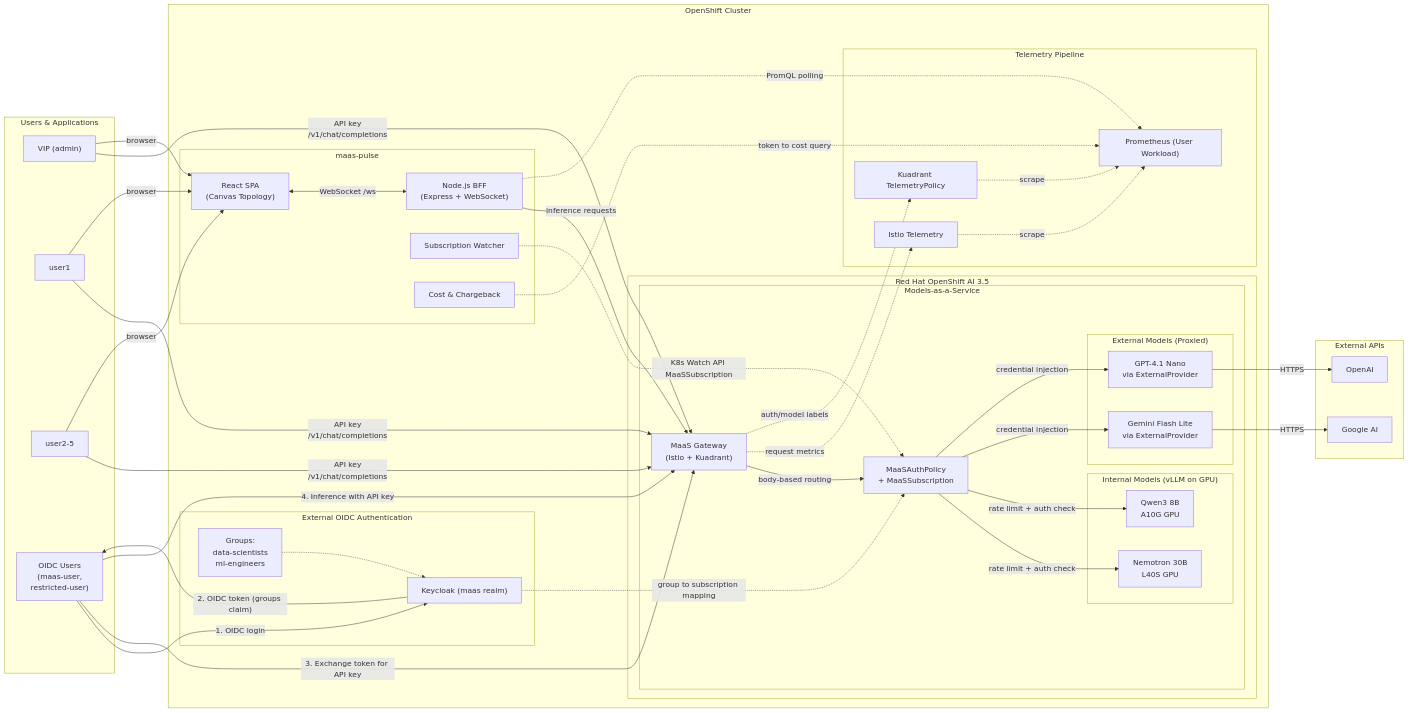
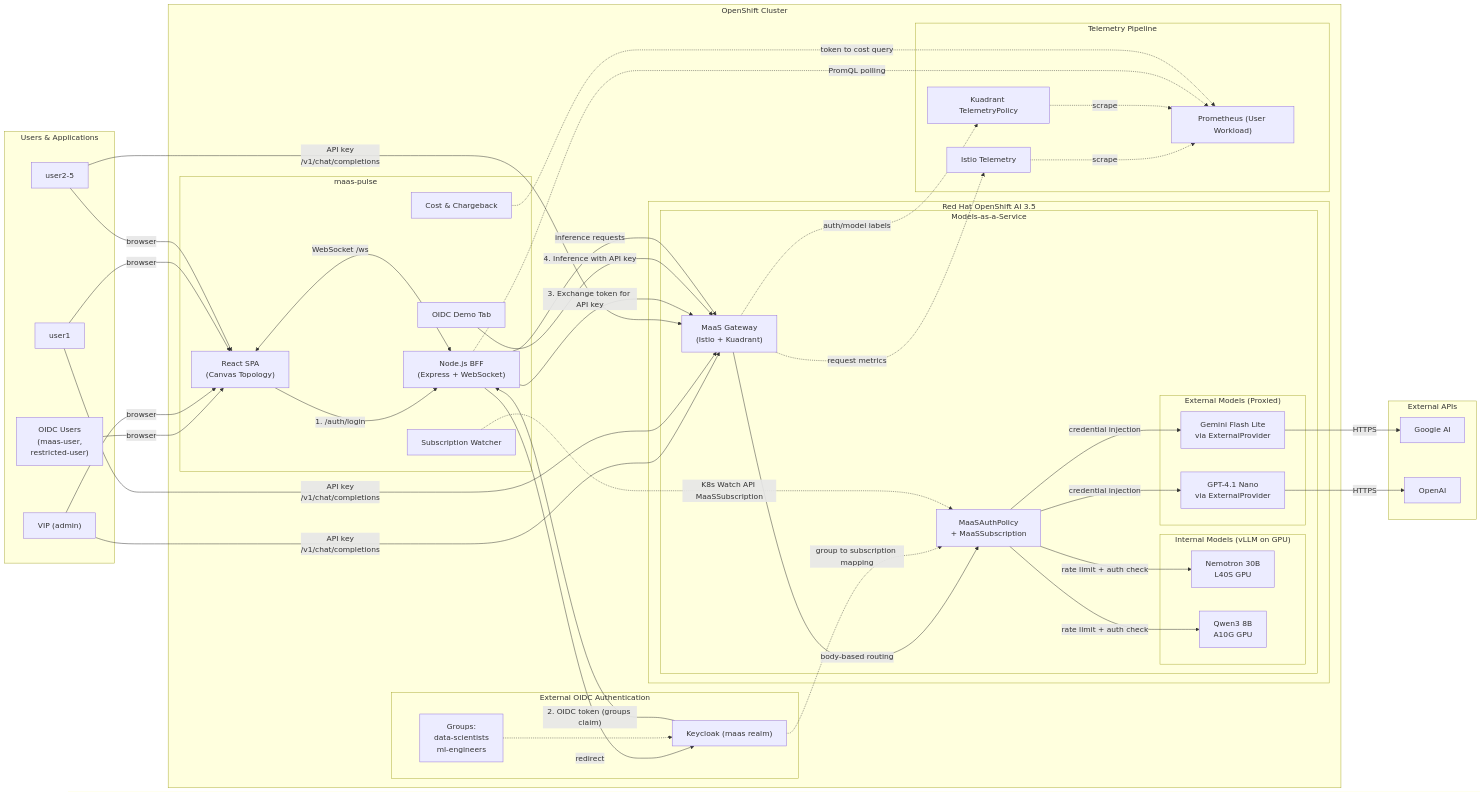
Before and after one commit to Sheryl-shiyi/maas-pulse: the first of 3 diagrams in README.md, drawn with Mermaid. The commit also changed other lines of this file, not shown here.

Commit message:
Update README to reflect integrated OIDC tab and auto-derived issuer URL

````diff
--- a/README.md
+++ b/README.md
@@ -49,75 +49,78 @@
 ```mermaid
 graph LR
     subgraph Users["Users & Applications"]
         U1["VIP (admin)"]
         U2["user1"]
         U3["user2-5"]
         U4["OIDC Users<br/>(maas-user,<br/>restricted-user)"]
     end
 
     subgraph OCP["OpenShift Cluster"]
         subgraph RHOAI["Red Hat OpenShift AI 3.5"]
             subgraph MaaS["Models-as-a-Service"]
                 GW["MaaS Gateway<br/>(Istio + Kuadrant)"]
                 AUTH["MaaSAuthPolicy<br/>+ MaaSSubscription"]
                 subgraph InternalModels["Internal Models (vLLM on GPU)"]
                     M1["Nemotron 30B<br/>L40S GPU"]
                     M2["Qwen3 8B<br/>A10G GPU"]
                 end
                 subgraph ExternalModels["External Models (Proxied)"]
                     M3["Gemini Flash Lite<br/>via ExternalProvider"]
                     M4["GPT-4.1 Nano<br/>via ExternalProvider"]
                 end
             end
         end
 
         subgraph Telemetry["Telemetry Pipeline"]
             ISTIO["Istio Telemetry"]
             KTP["Kuadrant TelemetryPolicy"]
             PROM["Prometheus (User Workload)"]
         end
 
         subgraph TrafficUI["maas-pulse"]
             BFF["Node.js BFF<br/>(Express + WebSocket)"]
             SPA["React SPA<br/>(Canvas Topology)"]
             WATCH["Subscription Watcher"]
             COST["Cost & Chargeback"]
+            OIDCTAB["OIDC Demo Tab"]
         end
 
         subgraph OIDC["External OIDC Authentication"]
             KC["Keycloak (maas realm)"]
             REALM["Groups:<br/>data-scientists<br/>ml-engineers"]
         end
     end
 
     subgraph ExtAPIs["External APIs"]
         GOOGLE["Google AI"]
         OPENAI["OpenAI"]
     end
 
     U1 & U2 & U3 -->|"API key<br/>/v1/chat/completions"| GW
-    U4 -->|"1. OIDC login"| KC
-    KC -->|"2. OIDC token (groups claim)"| U4
-    U4 -->|"3. Exchange token for API key"| GW
-    U4 -->|"4. Inference with API key"| GW
+    U4 -->|"browser"| SPA
+    SPA -->|"1. /auth/login"| BFF
+    BFF -->|"redirect"| KC
+    KC -->|"2. OIDC token (groups claim)"| BFF
+    BFF -->|"3. Exchange token for API key"| GW
+    OIDCTAB -->|"4. Inference with API key"| GW
 
     GW -->|"body-based routing"| AUTH
     AUTH -->|"rate limit + auth check"| M1 & M2
     AUTH -->|"credential injection"| M3 & M4
     M3 -->|"HTTPS"| GOOGLE
     M4 -->|"HTTPS"| OPENAI
 
     KC -.->|"group to subscription mapping"| AUTH
     REALM -.-> KC
 
     GW -.->|"request metrics"| ISTIO
     GW -.->|"auth/model labels"| KTP
     ISTIO & KTP -.->|"scrape"| PROM
 
     BFF -->|"inference requests"| GW
     BFF -.->|"PromQL polling"| PROM
     COST -.->|"token to cost query"| PROM
     WATCH -.->|"K8s Watch API MaaSSubscription"| AUTH
     SPA <-->|"WebSocket /ws"| BFF
     U1 & U2 & U3 -->|"browser"| SPA
 ```
````
